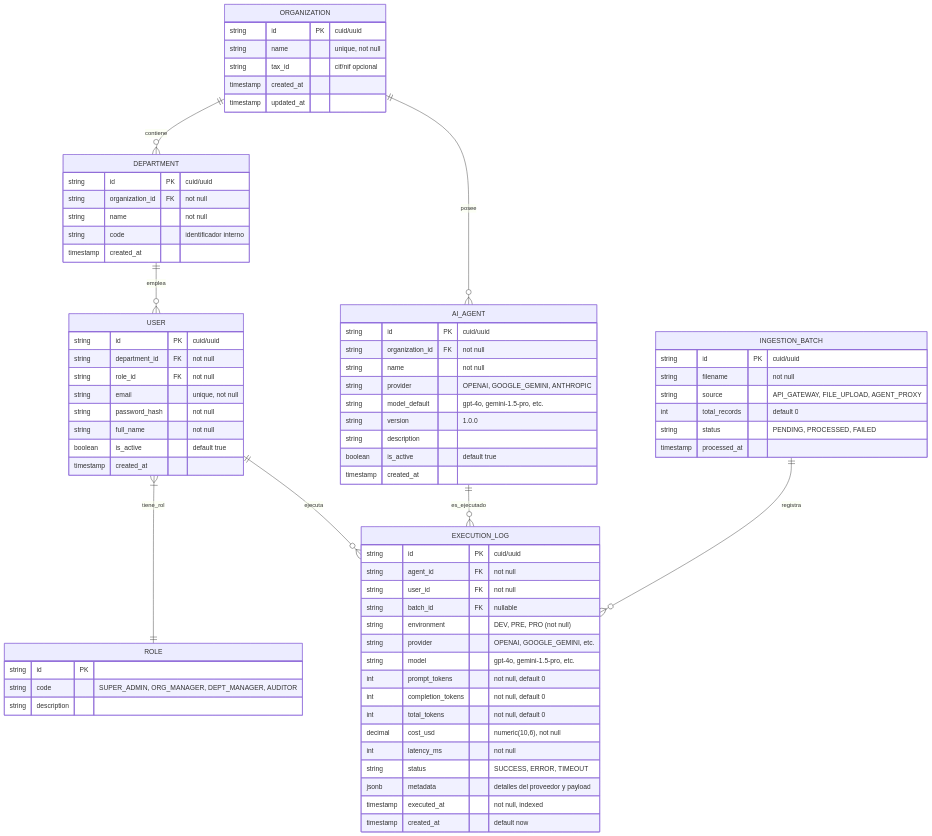
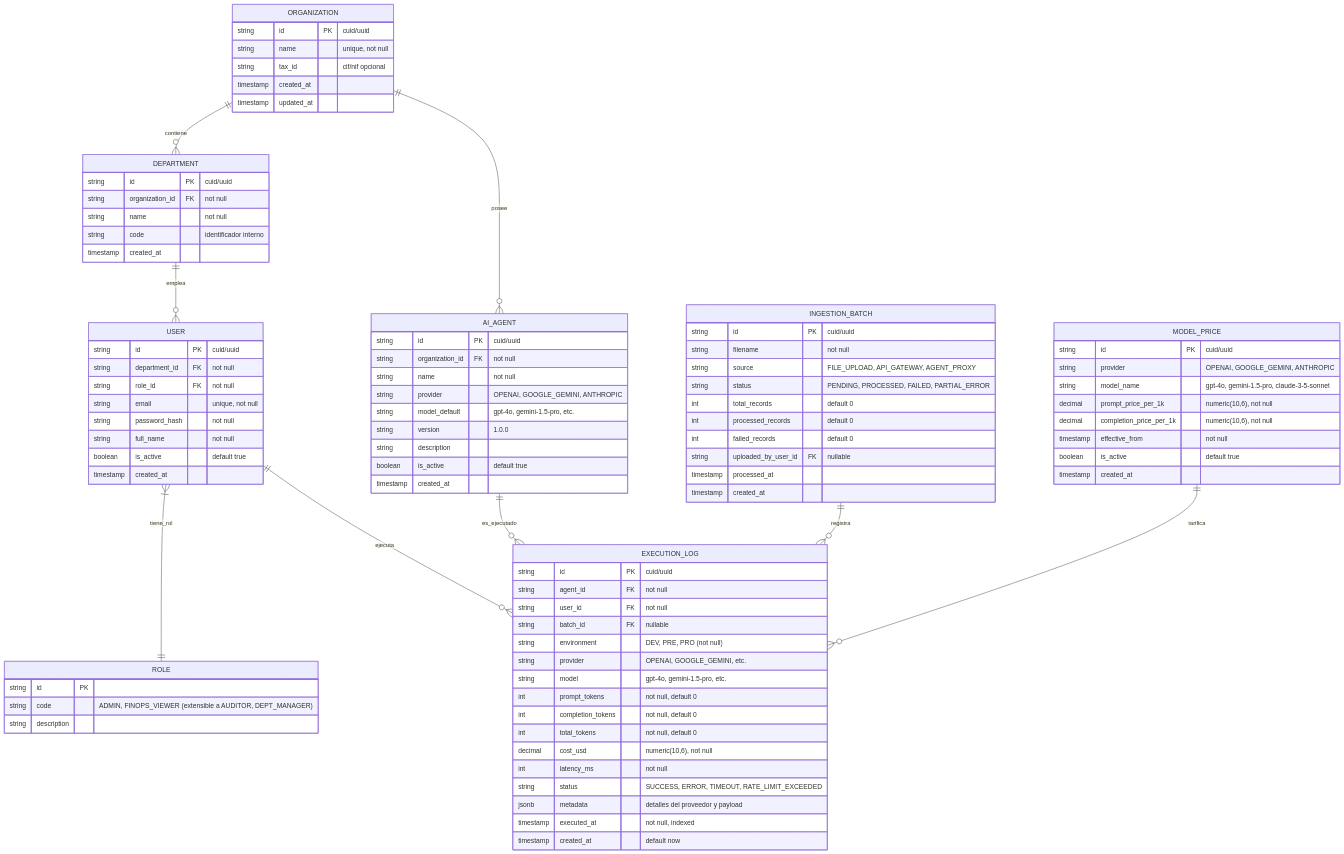
The third of 3 diagrams in readme.md (marcoslunadev/AI4Devs-finalproject), drawn with Mermaid before and after one commit. The commit also changed other lines of this file and 2 other files, not shown here.

Commit message:
docs: update AI usage prompts and documentation with new agent guidelines and project architecture details

```diff
--- a/readme.md
+++ b/readme.md
@@ -392,6 +434,7 @@
     AI_AGENT ||--o{ EXECUTION_LOG : "es_ejecutado"
     INGESTION_BATCH ||--o{ EXECUTION_LOG : "registra"
     USER }|--|| ROLE : "tiene_rol"
+    MODEL_PRICE ||--o{ EXECUTION_LOG : "tarifica"
 
     ORGANIZATION {
         string id PK "cuid/uuid"
@@ -411,7 +454,7 @@
 
     ROLE {
         string id PK
-        string code "SUPER_ADMIN, ORG_MANAGER, DEPT_MANAGER, AUDITOR"
+        string code "ADMIN, FINOPS_VIEWER (extensible a AUDITOR, DEPT_MANAGER)"
         string description
     }
 
@@ -438,13 +481,28 @@
         timestamp created_at
     }
 
+    MODEL_PRICE {
+        string id PK "cuid/uuid"
+        string provider "OPENAI, GOOGLE_GEMINI, ANTHROPIC"
+        string model_name "gpt-4o, gemini-1.5-pro, claude-3-5-sonnet"
+        decimal prompt_price_per_1k "numeric(10,6), not null"
+        decimal completion_price_per_1k "numeric(10,6), not null"
+        timestamp effective_from "not null"
+        boolean is_active "default true"
+        timestamp created_at
+    }
+
     INGESTION_BATCH {
         string id PK "cuid/uuid"
         string filename "not null"
-        string source "API_GATEWAY, FILE_UPLOAD, AGENT_PROXY"
+        string source "FILE_UPLOAD, API_GATEWAY, AGENT_PROXY"
+        string status "PENDING, PROCESSED, FAILED, PARTIAL_ERROR"
         int total_records "default 0"
-        string status "PENDING, PROCESSED, FAILED"
+        int processed_records "default 0"
+        int failed_records "default 0"
+        string uploaded_by_user_id FK "nullable"
         timestamp processed_at
+        timestamp created_at
     }
 
     EXECUTION_LOG {
@@ -460,7 +518,7 @@
         int total_tokens "not null, default 0"
         decimal cost_usd "numeric(10,6), not null"
         int latency_ms "not null"
-        string status "SUCCESS, ERROR, TIMEOUT"
+        string status "SUCCESS, ERROR, TIMEOUT, RATE_LIMIT_EXCEEDED"
         jsonb metadata "detalles del proveedor y payload"
         timestamp executed_at "not null, indexed"
         timestamp created_at "default now"
```
